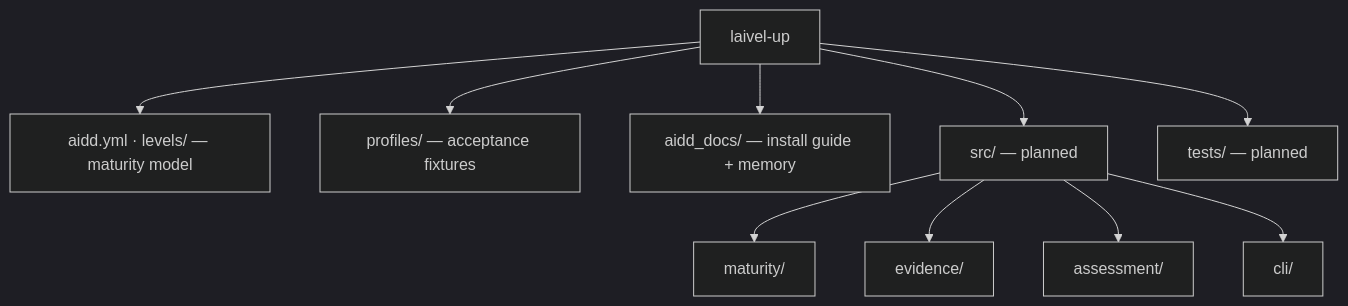
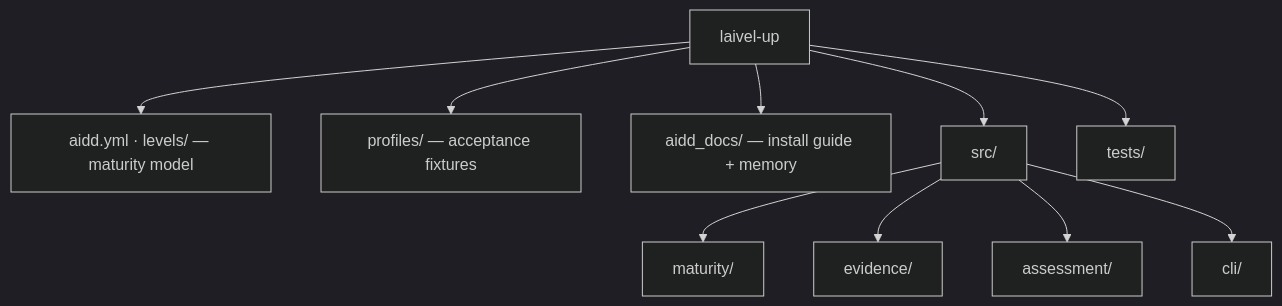
The diagram in aidd_docs/memory/codebase-map.md (BlandineRdl/aidd-audit), drawn with Mermaid (dark theme) before and after one commit. The commit also changed other lines of this file and 6 other files, not shown here.

````diff
--- a/aidd_docs/memory/codebase-map.md
+++ b/aidd_docs/memory/codebase-map.md
@@ -7,14 +7,14 @@
 ```mermaid
 flowchart TD
   ROOT["laivel-up"] --> MODEL["aidd.yml · levels/ — maturity model"]
   ROOT --> FIX["profiles/ — acceptance fixtures"]
   ROOT --> DOCS["aidd_docs/ — install guide + memory"]
-  ROOT --> SRC["src/ — planned"]
-  ROOT --> TESTS["tests/ — planned"]
+  ROOT --> SRC["src/"]
+  ROOT --> TESTS["tests/"]
 
   SRC --> MAT["maturity/"]
   SRC --> EV["evidence/"]
   SRC --> AS["assessment/"]
   SRC --> CLI["cli/"]
 
 ```
````
